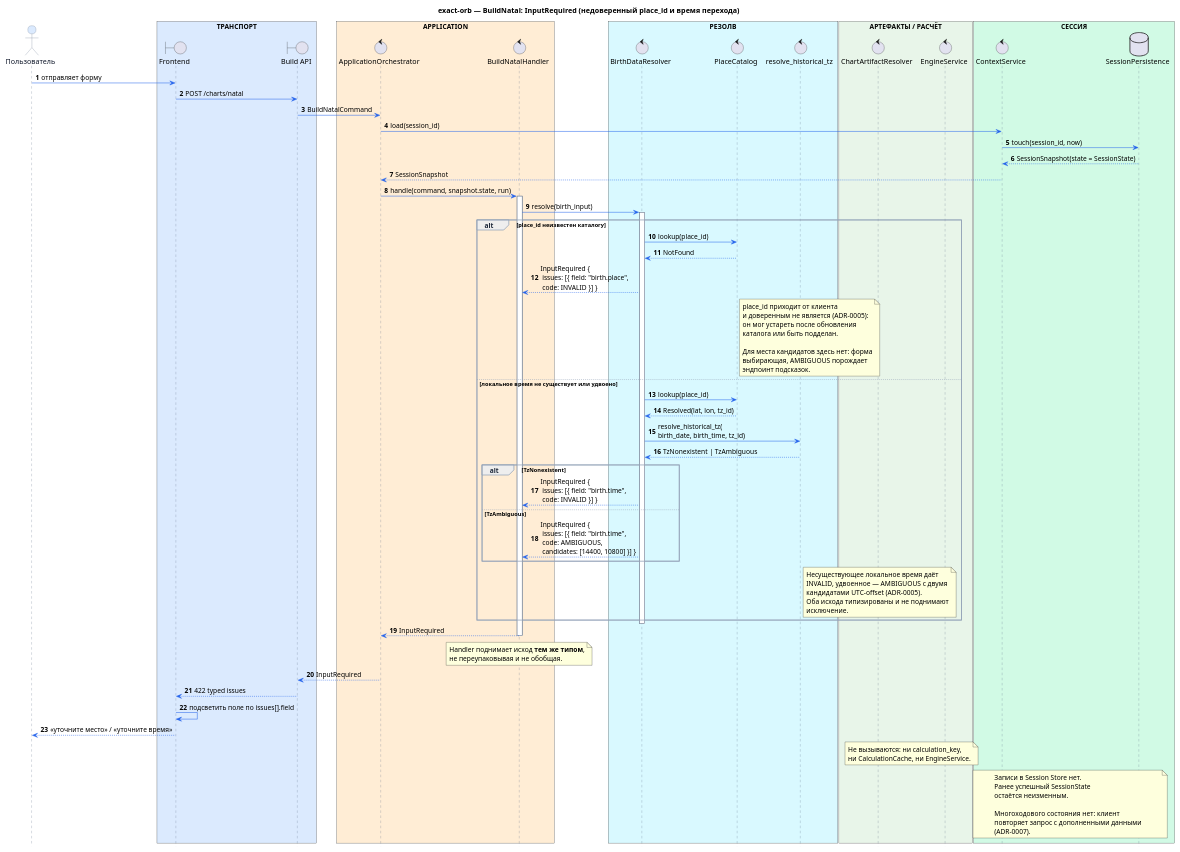
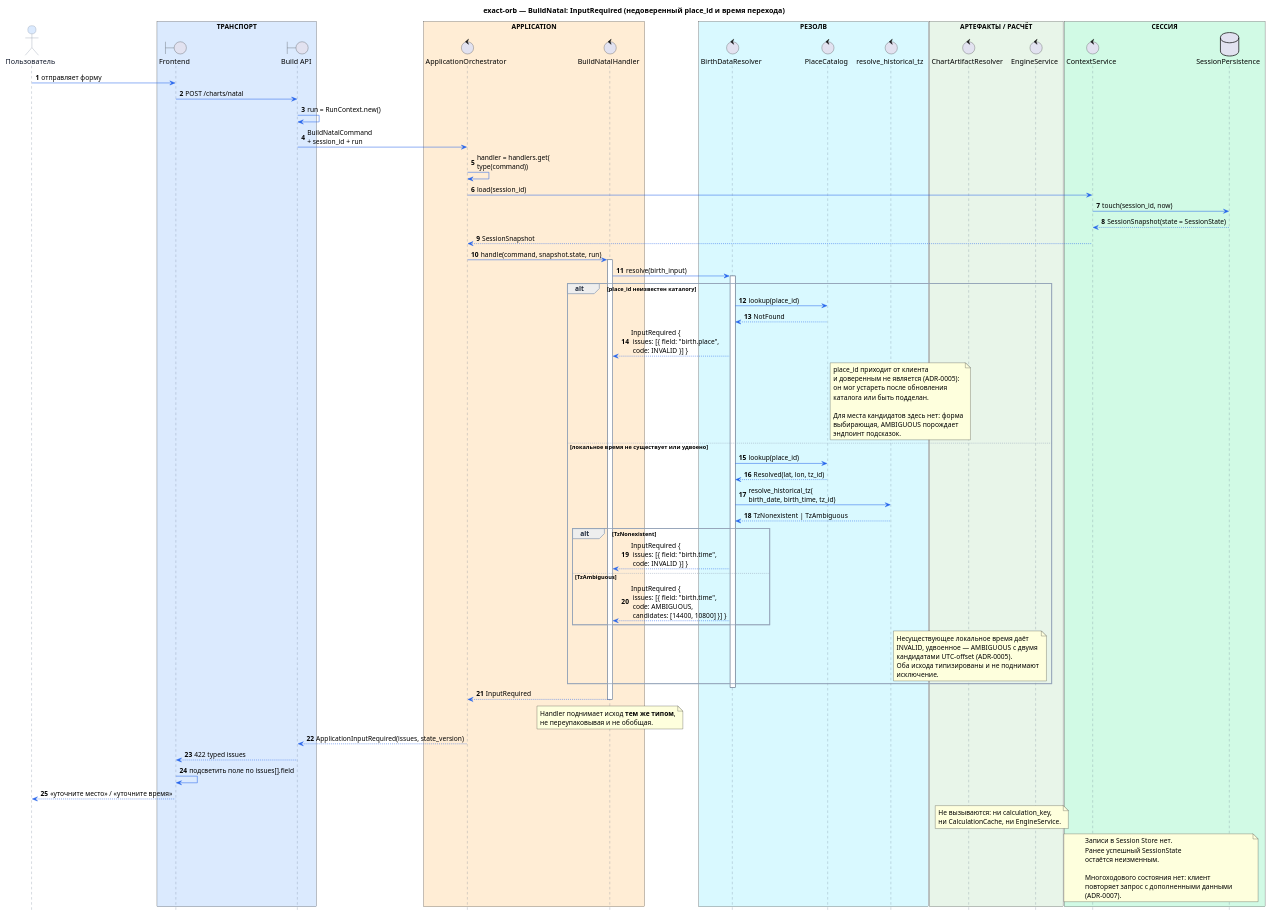
Before and after one commit to ksenia-baranova/exact-orb-demo: the diagram in docs/sequence_diagrams/build_natal/004-build_natal_input_required.puml, drawn with PlantUML. The commit also changed 28 other files, not shown here.

Commit message:
docs: update architecture diagrams, overview, and scenarios

```diff
--- a/docs/sequence_diagrams/build_natal/004-build_natal_input_required.puml
+++ b/docs/sequence_diagrams/build_natal/004-build_natal_input_required.puml
@@ -1,154 +1,156 @@
 @startuml
 title exact-orb — BuildNatal: InputRequired (недоверенный place_id и время перехода)
 
 ' Пользовательская ошибка ввода. Кэш и движок не вызываются,
 ' SessionState не изменяется.
 
 autonumber
 hide footbox
 
 skinparam shadowing false
 skinparam responseMessageBelowArrow true
 
 skinparam sequence {
     ArrowColor #2563EB
     LifeLineBorderColor #64748B
     LifeLineBackgroundColor #FFFFFF
 
     ParticipantBorderColor #64748B
     ParticipantFontColor #0F172A
     ParticipantBackgroundColor #F8FAFC
 
     ActorBorderColor #64748B
     ActorFontColor #0F172A
     ActorBackgroundColor #DBEAFE
 
     GroupBorderColor #94A3B8
     GroupHeaderFontColor #1E293B
 
     DividerBorderColor #94A3B8
     DividerFontColor #1E293B
 
     NoteBorderColor #94A3B8
     NoteBackgroundColor #FFFBEA
     NoteFontColor #334155
 }
 
 actor "Пользователь" as User
 
 box "ТРАНСПОРТ" #DBEAFE
     boundary "Frontend" as FE
     boundary "Build API" as API
 end box
 
 box "APPLICATION" #FFEDD5
     control "ApplicationOrchestrator" as Orch
     control "BuildNatalHandler" as Handler
 end box
 
 box "РЕЗОЛВ" #D9F9FF
     control "BirthDataResolver" as Resolver
     control "PlaceCatalog" as Places
     control "resolve_historical_tz" as TZ
 end box
 
 box "АРТЕФАКТЫ / РАСЧЁТ" #E8F5E9
     control "ChartArtifactResolver" as Artifacts
     control "EngineService" as Engine
 end box
 
 box "СЕССИЯ" #D1FAE5
     control "ContextService" as Context
     database "SessionPersistence" as Store
 end box
 
 
 User -> FE : отправляет форму
 FE -> API : POST /charts/natal
-API -> Orch : BuildNatalCommand
+API -> API : run = RunContext.new()
+API -> Orch : BuildNatalCommand\n+ session_id + run
 
+Orch -> Orch : handler = handlers.get(\ntype(command))
 Orch -> Context : load(session_id)
 Context -> Store : touch(session_id, now)
 Store --> Context : SessionSnapshot(state = SessionState)
 Context --> Orch : SessionSnapshot
 
 Orch -> Handler : handle(command, snapshot.state, run)
 activate Handler
 
 Handler -> Resolver : resolve(birth_input)
 activate Resolver
 
 
 alt place_id неизвестен каталогу
 
     Resolver -> Places : lookup(place_id)
     Places --> Resolver : NotFound
 
     Resolver --> Handler : InputRequired {\n issues: [{ field: "birth.place",\n code: INVALID }] }
 
     note right of Places
     place_id приходит от клиента
     и доверенным не является (ADR-0005):
     он мог устареть после обновления
     каталога или быть подделан.
 
     Для места кандидатов здесь нет: форма
     выбирающая, AMBIGUOUS порождает
     эндпоинт подсказок.
     end note
 
 else локальное время не существует или удвоено
 
     Resolver -> Places : lookup(place_id)
     Places --> Resolver : Resolved(lat, lon, tz_id)
 
     Resolver -> TZ : resolve_historical_tz(\nbirth_date, birth_time, tz_id)
     TZ --> Resolver : TzNonexistent | TzAmbiguous
 
     alt TzNonexistent
         Resolver --> Handler : InputRequired {\n issues: [{ field: "birth.time",\n code: INVALID }] }
     else TzAmbiguous
         Resolver --> Handler : InputRequired {\n issues: [{ field: "birth.time",\n code: AMBIGUOUS,\n candidates: [14400, 10800] }] }
     end
 
     note right of TZ
     Несуществующее локальное время даёт
     INVALID, удвоенное — AMBIGUOUS с двумя
     кандидатами UTC-offset (ADR-0005).
     Оба исхода типизированы и не поднимают
     исключение.
     end note
 
 end
 
 deactivate Resolver
 
 Handler --> Orch : InputRequired
 deactivate Handler
 
 note over Handler
 Handler поднимает исход **тем же типом**,
 не переупаковывая и не обобщая.
 end note
 
-Orch --> API : InputRequired
+Orch --> API : ApplicationInputRequired(issues, state_version)
 API --> FE : 422 typed issues
 FE -> FE : подсветить поле по issues[].field
 FE --> User : «уточните место» / «уточните время»
 
 note over Artifacts, Engine
 Не вызываются: ни calculation_key,
 ни CalculationCache, ни EngineService.
 end note
 
 note over Context, Store
 Записи в Session Store нет.
 Ранее успешный SessionState
 остаётся неизменным.
 
 Многоходового состояния нет: клиент
 повторяет запрос с дополненными данными
 (ADR-0007).
 end note
 
 @enduml
```
